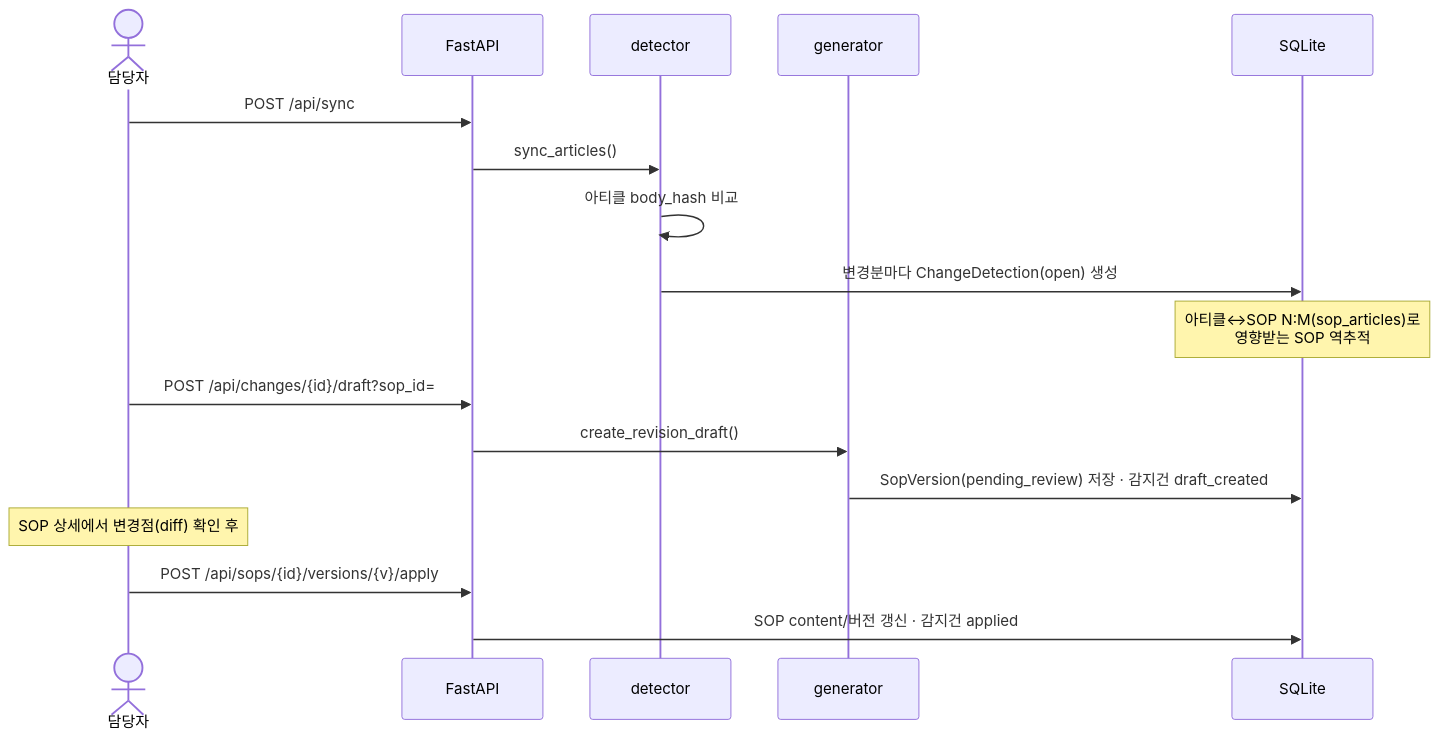
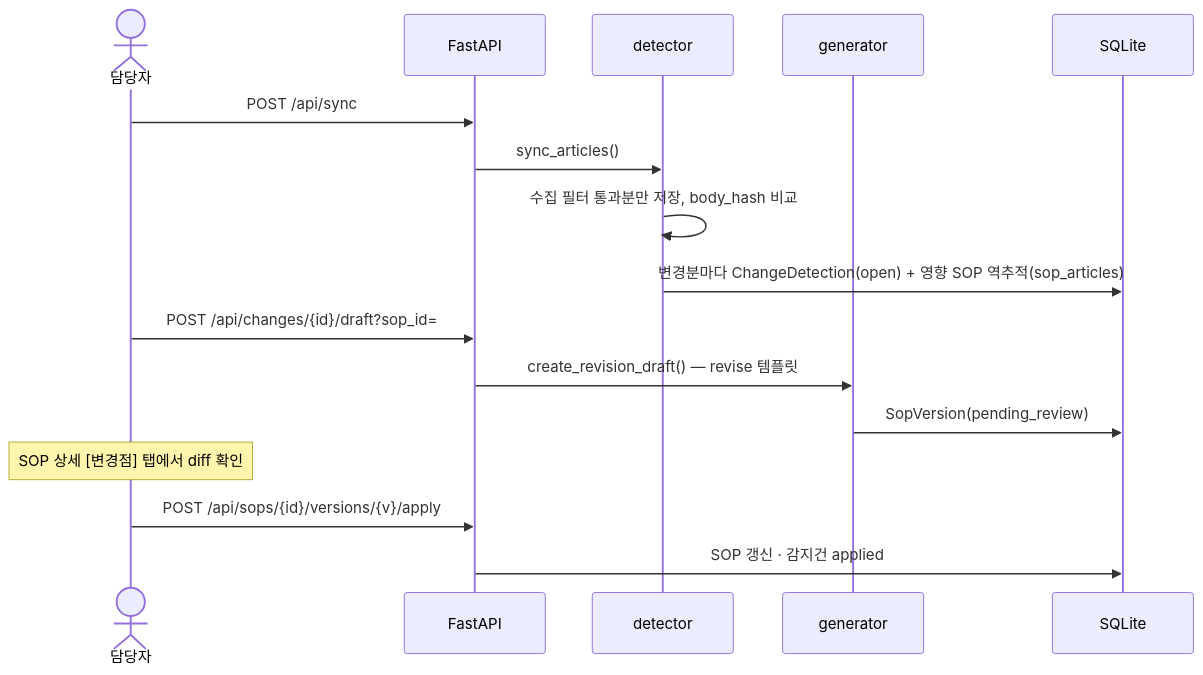
Before and after one commit to jinjjju/AI_SOP: the third of 6 diagrams in docs/ARCHITECTURE.md, drawn with Mermaid. The commit also changed other lines of this file and 3 other files, not shown here.

````diff
--- a/docs/ARCHITECTURE.md
+++ b/docs/ARCHITECTURE.md
@@ -109,20 +119,19 @@
 ```mermaid
 sequenceDiagram
     actor M as 담당자
     participant API as FastAPI
     participant D as detector
     participant G as generator
     participant DB as SQLite
 
     M->>API: POST /api/sync
     API->>D: sync_articles()
-    D->>D: 아티클 body_hash 비교
-    D->>DB: 변경분마다 ChangeDetection(open) 생성
-    Note over DB: 아티클↔SOP N:M(sop_articles)로<br/>영향받는 SOP 역추적
+    D->>D: 수집 필터 통과분만 저장, body_hash 비교
+    D->>DB: 변경분마다 ChangeDetection(open) + 영향 SOP 역추적(sop_articles)
     M->>API: POST /api/changes/{id}/draft?sop_id=
-    API->>G: create_revision_draft()
-    G->>DB: SopVersion(pending_review) 저장 · 감지건 draft_created
-    Note over M: SOP 상세에서 변경점(diff) 확인 후
+    API->>G: create_revision_draft() — revise 템플릿
+    G->>DB: SopVersion(pending_review)
+    Note over M: SOP 상세 [변경점] 탭에서 diff 확인
     M->>API: POST /api/sops/{id}/versions/{v}/apply
-    API->>DB: SOP content/버전 갱신 · 감지건 applied
+    API->>DB: SOP 갱신 · 감지건 applied
 ```
````
